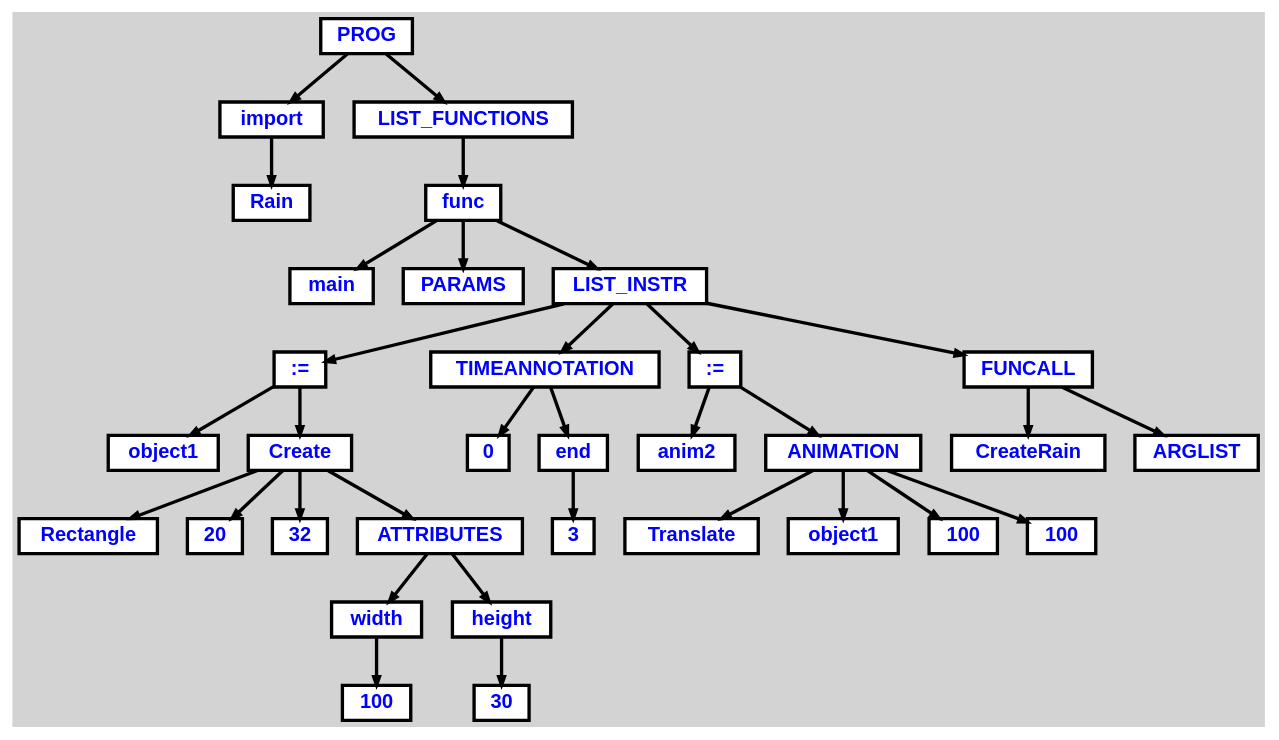
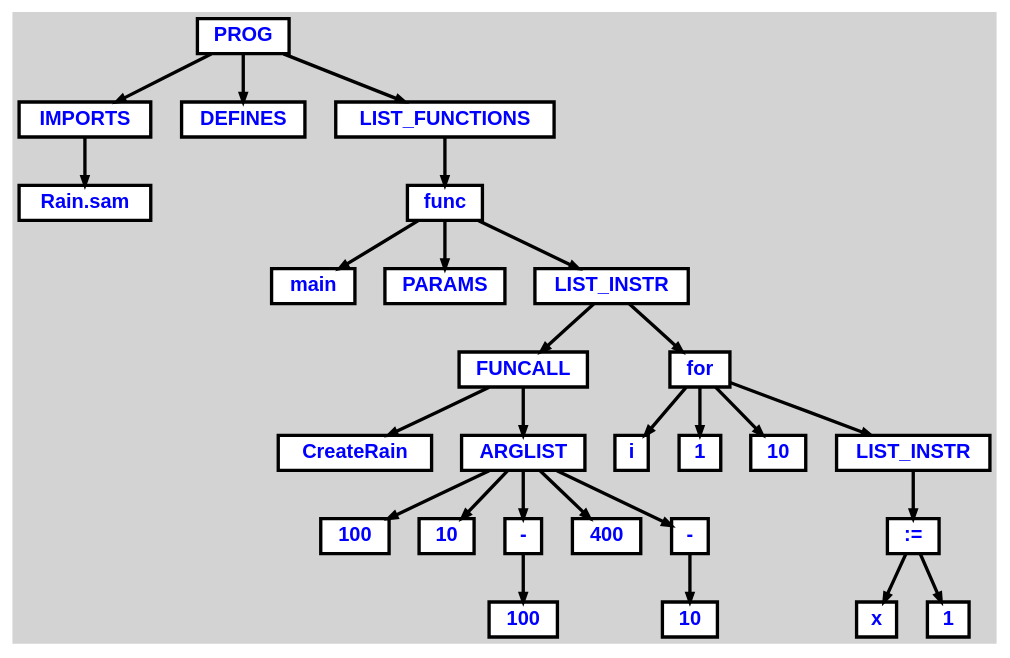
Before and after one commit to 5thingol/Practica-CL: the diagram in examples/create.dot, drawn with Graphviz. The commit also changed 84 other files, not shown here.

```diff
--- a/examples/create.dot
+++ b/examples/create.dot
@@ -1,90 +1,75 @@
 digraph {
 
 	ordering=out;
 	ranksep=.4;
 	bgcolor="lightgrey"; node [shape=box, fixedsize=false, fontsize=12, fontname="Helvetica-bold", fontcolor="blue"
 		width=.25, height=.25, color="black", fillcolor="white", style="filled, solid, bold"];
 	edge [arrowsize=.5, color="black", style="bold"]
 
   n0 [label="PROG"];
-  n1 [label="import"];
-  n1 [label="import"];
-  n2 [label="Rain"];
-  n3 [label="LIST_FUNCTIONS"];
-  n3 [label="LIST_FUNCTIONS"];
-  n4 [label="func"];
-  n4 [label="func"];
-  n5 [label="main"];
-  n6 [label="PARAMS"];
-  n7 [label="LIST_INSTR"];
-  n7 [label="LIST_INSTR"];
-  n8 [label=":="];
-  n8 [label=":="];
-  n9 [label="object1"];
-  n10 [label="Create"];
-  n10 [label="Create"];
-  n11 [label="Rectangle"];
-  n12 [label="20"];
-  n13 [label="32"];
-  n14 [label="ATTRIBUTES"];
-  n14 [label="ATTRIBUTES"];
-  n15 [label="width"];
-  n15 [label="width"];
-  n16 [label="100"];
-  n17 [label="height"];
-  n17 [label="height"];
-  n18 [label="30"];
-  n19 [label="TIMEANNOTATION"];
-  n19 [label="TIMEANNOTATION"];
-  n20 [label="0"];
-  n21 [label="end"];
-  n21 [label="end"];
-  n22 [label="3"];
-  n23 [label=":="];
-  n23 [label=":="];
-  n24 [label="anim2"];
-  n25 [label="ANIMATION"];
-  n25 [label="ANIMATION"];
-  n26 [label="Translate"];
-  n27 [label="object1"];
-  n28 [label="100"];
-  n29 [label="100"];
-  n30 [label="FUNCALL"];
-  n30 [label="FUNCALL"];
-  n31 [label="CreateRain"];
-  n32 [label="ARGLIST"];
+  n1 [label="IMPORTS"];
+  n1 [label="IMPORTS"];
+  n2 [label="Rain.sam"];
+  n3 [label="DEFINES"];
+  n4 [label="LIST_FUNCTIONS"];
+  n4 [label="LIST_FUNCTIONS"];
+  n5 [label="func"];
+  n5 [label="func"];
+  n6 [label="main"];
+  n7 [label="PARAMS"];
+  n8 [label="LIST_INSTR"];
+  n8 [label="LIST_INSTR"];
+  n9 [label="FUNCALL"];
+  n9 [label="FUNCALL"];
+  n10 [label="CreateRain"];
+  n11 [label="ARGLIST"];
+  n11 [label="ARGLIST"];
+  n12 [label="100"];
+  n13 [label="10"];
+  n14 [label="-"];
+  n14 [label="-"];
+  n15 [label="100"];
+  n16 [label="400"];
+  n17 [label="-"];
+  n17 [label="-"];
+  n18 [label="10"];
+  n19 [label="for"];
+  n19 [label="for"];
+  n20 [label="i"];
+  n21 [label="1"];
+  n22 [label="10"];
+  n23 [label="LIST_INSTR"];
+  n23 [label="LIST_INSTR"];
+  n24 [label=":="];
+  n24 [label=":="];
+  n25 [label="x"];
+  n26 [label="1"];
 
-  n0 -> n1 // "PROG" -> "import"
-  n1 -> n2 // "import" -> "Rain"
-  n0 -> n3 // "PROG" -> "LIST_FUNCTIONS"
-  n3 -> n4 // "LIST_FUNCTIONS" -> "func"
-  n4 -> n5 // "func" -> "main"
-  n4 -> n6 // "func" -> "PARAMS"
-  n4 -> n7 // "func" -> "LIST_INSTR"
-  n7 -> n8 // "LIST_INSTR" -> ":="
-  n8 -> n9 // ":=" -> "object1"
-  n8 -> n10 // ":=" -> "Create"
-  n10 -> n11 // "Create" -> "Rectangle"
-  n10 -> n12 // "Create" -> "20"
-  n10 -> n13 // "Create" -> "32"
-  n10 -> n14 // "Create" -> "ATTRIBUTES"
-  n14 -> n15 // "ATTRIBUTES" -> "width"
-  n15 -> n16 // "width" -> "100"
-  n14 -> n17 // "ATTRIBUTES" -> "height"
-  n17 -> n18 // "height" -> "30"
-  n7 -> n19 // "LIST_INSTR" -> "TIMEANNOTATION"
-  n19 -> n20 // "TIMEANNOTATION" -> "0"
-  n19 -> n21 // "TIMEANNOTATION" -> "end"
-  n21 -> n22 // "end" -> "3"
-  n7 -> n23 // "LIST_INSTR" -> ":="
-  n23 -> n24 // ":=" -> "anim2"
-  n23 -> n25 // ":=" -> "ANIMATION"
-  n25 -> n26 // "ANIMATION" -> "Translate"
-  n25 -> n27 // "ANIMATION" -> "object1"
-  n25 -> n28 // "ANIMATION" -> "100"
-  n25 -> n29 // "ANIMATION" -> "100"
-  n7 -> n30 // "LIST_INSTR" -> "FUNCALL"
-  n30 -> n31 // "FUNCALL" -> "CreateRain"
-  n30 -> n32 // "FUNCALL" -> "ARGLIST"
+  n0 -> n1 // "PROG" -> "IMPORTS"
+  n1 -> n2 // "IMPORTS" -> "Rain.sam"
+  n0 -> n3 // "PROG" -> "DEFINES"
+  n0 -> n4 // "PROG" -> "LIST_FUNCTIONS"
+  n4 -> n5 // "LIST_FUNCTIONS" -> "func"
+  n5 -> n6 // "func" -> "main"
+  n5 -> n7 // "func" -> "PARAMS"
+  n5 -> n8 // "func" -> "LIST_INSTR"
+  n8 -> n9 // "LIST_INSTR" -> "FUNCALL"
+  n9 -> n10 // "FUNCALL" -> "CreateRain"
+  n9 -> n11 // "FUNCALL" -> "ARGLIST"
+  n11 -> n12 // "ARGLIST" -> "100"
+  n11 -> n13 // "ARGLIST" -> "10"
+  n11 -> n14 // "ARGLIST" -> "-"
+  n14 -> n15 // "-" -> "100"
+  n11 -> n16 // "ARGLIST" -> "400"
+  n11 -> n17 // "ARGLIST" -> "-"
+  n17 -> n18 // "-" -> "10"
+  n8 -> n19 // "LIST_INSTR" -> "for"
+  n19 -> n20 // "for" -> "i"
+  n19 -> n21 // "for" -> "1"
+  n19 -> n22 // "for" -> "10"
+  n19 -> n23 // "for" -> "LIST_INSTR"
+  n23 -> n24 // "LIST_INSTR" -> ":="
+  n24 -> n25 // ":=" -> "x"
+  n24 -> n26 // ":=" -> "1"
 
 }
```
